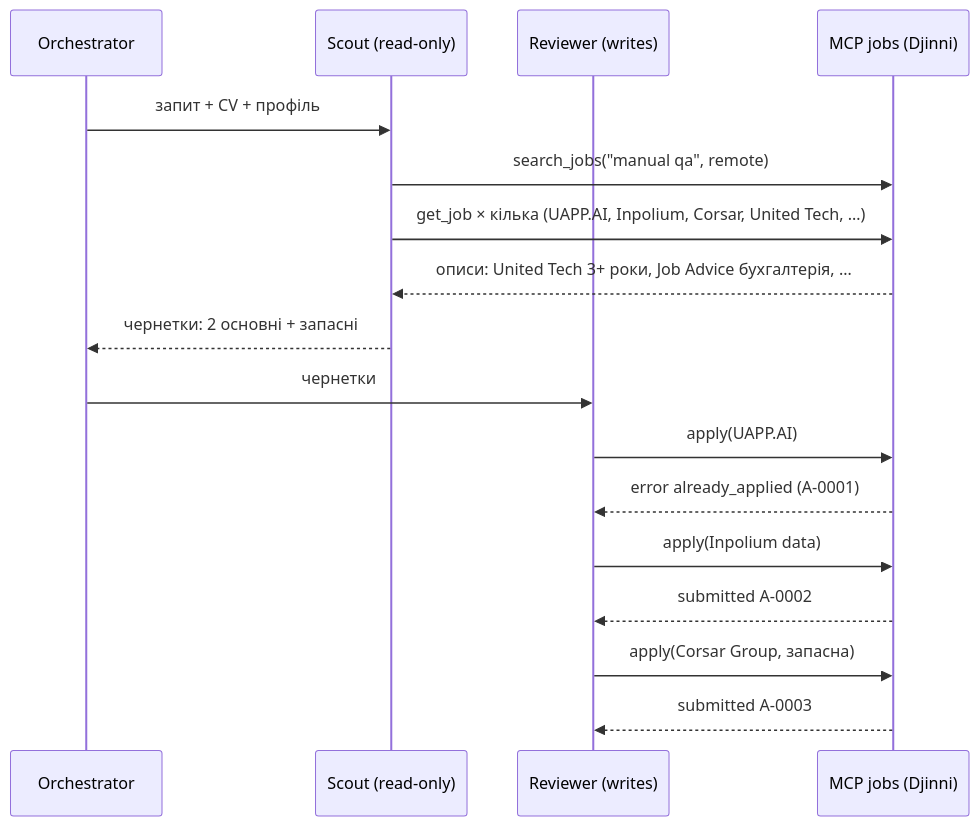
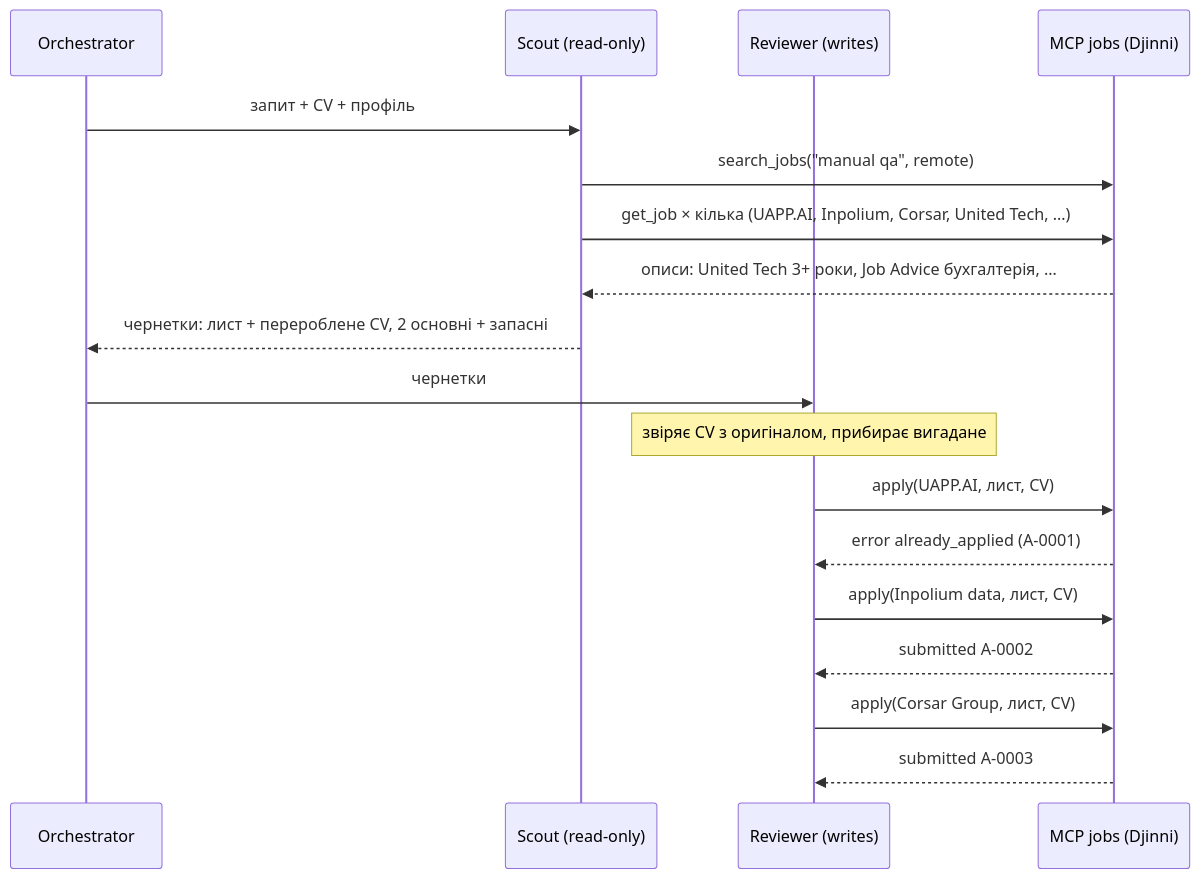
The diagram in docs/ARCHITECTURE.md (stanislawwus/job-desk-agents), drawn with Mermaid before and after one commit. The commit also changed other lines of this file and 41 other files, not shown here.

````diff
--- a/docs/ARCHITECTURE.md
+++ b/docs/ARCHITECTURE.md
@@ -86,19 +89,20 @@
 ```mermaid
 sequenceDiagram
     participant O as Orchestrator
     participant S as Scout (read-only)
     participant R as Reviewer (writes)
     participant M as MCP jobs (Djinni)
     O->>S: запит + CV + профіль
     S->>M: search_jobs("manual qa", remote)
     S->>M: get_job × кілька (UAPP.AI, Inpolium, Corsar, United Tech, …)
     M-->>S: описи: United Tech 3+ роки, Job Advice бухгалтерія, …
-    S-->>O: чернетки: 2 основні + запасні
+    S-->>O: чернетки: лист + перероблене CV, 2 основні + запасні
     O->>R: чернетки
-    R->>M: apply(UAPP.AI)
+    Note over R: звіряє CV з оригіналом, прибирає вигадане
+    R->>M: apply(UAPP.AI, лист, CV)
     M-->>R: error already_applied (A-0001)
-    R->>M: apply(Inpolium data)
+    R->>M: apply(Inpolium data, лист, CV)
     M-->>R: submitted A-0002
-    R->>M: apply(Corsar Group, запасна)
+    R->>M: apply(Corsar Group, лист, CV)
     M-->>R: submitted A-0003
 ```
````
